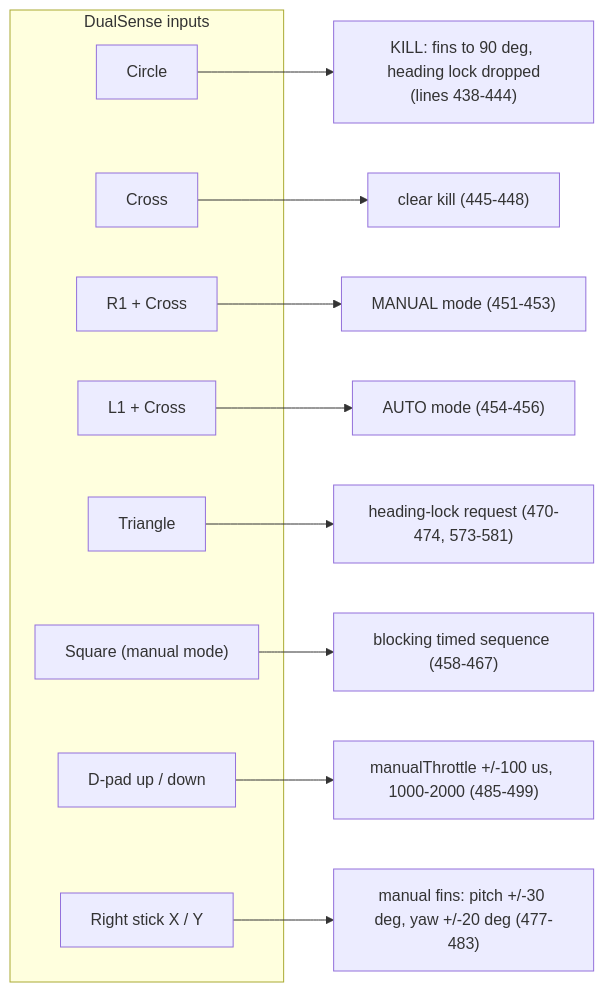
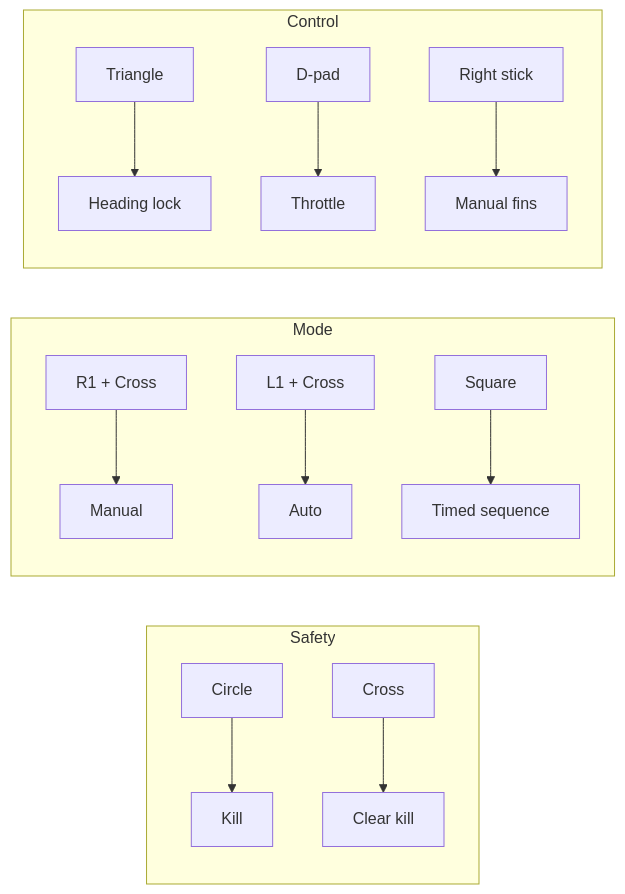
One commit to AlaaRadhwan/underwater-rocket-esp32-firmware changed the fourth of 6 diagrams in docs/ARCHITECTURE.md. Above: the diagram before and after it, drawn with Mermaid. The commit also changed other lines of this file and 8 other files, not shown here.

First line of the commit message:
Docs: simplify Mermaid diagrams, add pool-test clip

````diff
--- a/docs/ARCHITECTURE.md
+++ b/docs/ARCHITECTURE.md
@@ -35,21 +54,17 @@
 ```mermaid
 flowchart LR
-  subgraph PS5["DualSense inputs"]
-    CIR["Circle"]
-    CRO["Cross"]
-    R1C["R1 + Cross"]
-    L1C["L1 + Cross"]
-    TRI["Triangle"]
-    SQU["Square (manual mode)"]
-    DPD["D-pad up / down"]
-    RS["Right stick X / Y"]
+  subgraph SAF["Safety"]
+    CIR["Circle"] --> K["Kill"]
+    CRO["Cross"] --> KC["Clear kill"]
   end
-  CIR --> K["KILL: fins to 90 deg, heading lock dropped<br/>(lines 438-444)"]
-  CRO --> KC["clear kill (445-448)"]
-  R1C --> MAN["MANUAL mode (451-453)"]
-  L1C --> AUT["AUTO mode (454-456)"]
-  TRI --> HL["heading-lock request (470-474, 573-581)"]
-  SQU --> SEQ["blocking timed sequence (458-467)"]
-  DPD --> TH["manualThrottle +/-100 us, 1000-2000 (485-499)"]
-  RS --> MF["manual fins: pitch +/-30 deg, yaw +/-20 deg (477-483)"]
+  subgraph MOD["Mode"]
+    R1C["R1 + Cross"] --> MAN["Manual"]
+    L1C["L1 + Cross"] --> AUT["Auto"]
+    SQU["Square"] --> SEQ["Timed sequence"]
+  end
+  subgraph CTL["Control"]
+    TRI["Triangle"] --> HL["Heading lock"]
+    DPD["D-pad"] --> TH["Throttle"]
+    RS["Right stick"] --> MF["Manual fins"]
+  end
 ```
````
